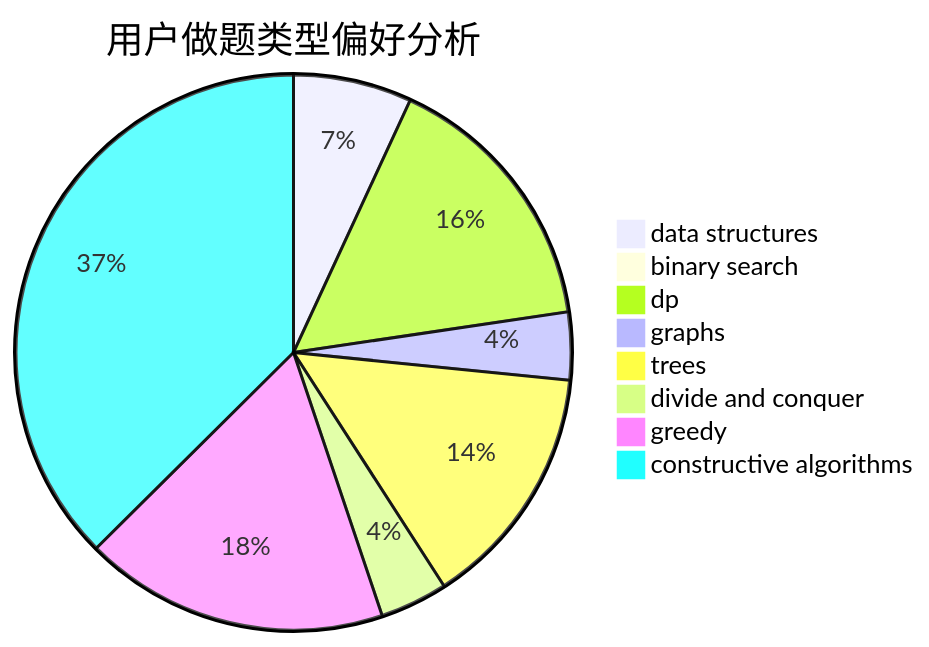
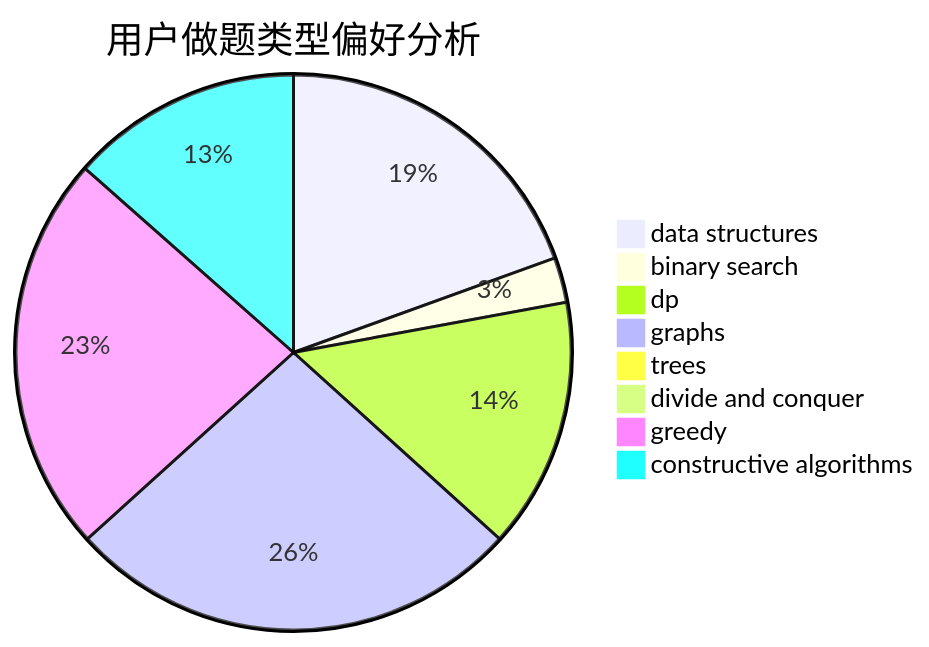
The second of 3 diagrams in docs/user/u2345.md (sherpahu/cfrs.github.io), drawn with Mermaid before and after one commit. The commit also changed other lines of this file and 2770 other files, not shown here.

````diff
--- a/docs/user/u2345.md
+++ b/docs/user/u2345.md
@@ -23,11 +23,11 @@
 ```mermaid
 pie title 用户做题类型偏好分析
-    "data structures" :  14
-    "binary search" :  2
-    "dp" :  32
-    "graphs" :  8
-    "trees" :  29
-    "divide and conquer" :  8
-    "greedy" :  36
-    "constructive algorithms" :  76
+    "data structures" :  52
+    "binary search" :  7
+    "dp" :  39
+    "graphs" :  71
+    "trees" :  1
+    "divide and conquer" :  2
+    "greedy" :  62
+    "constructive algorithms" :  36
 ```
````
